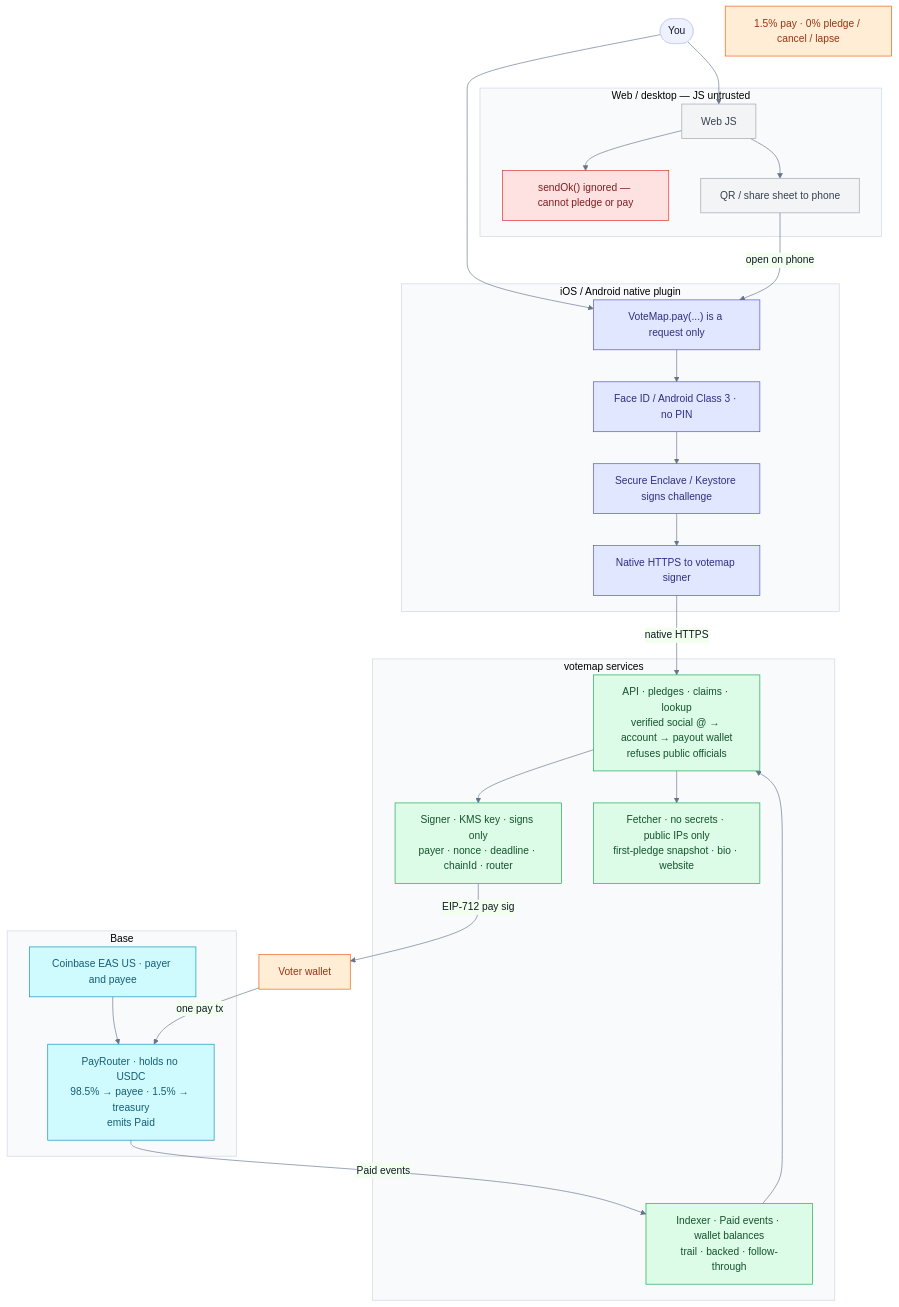
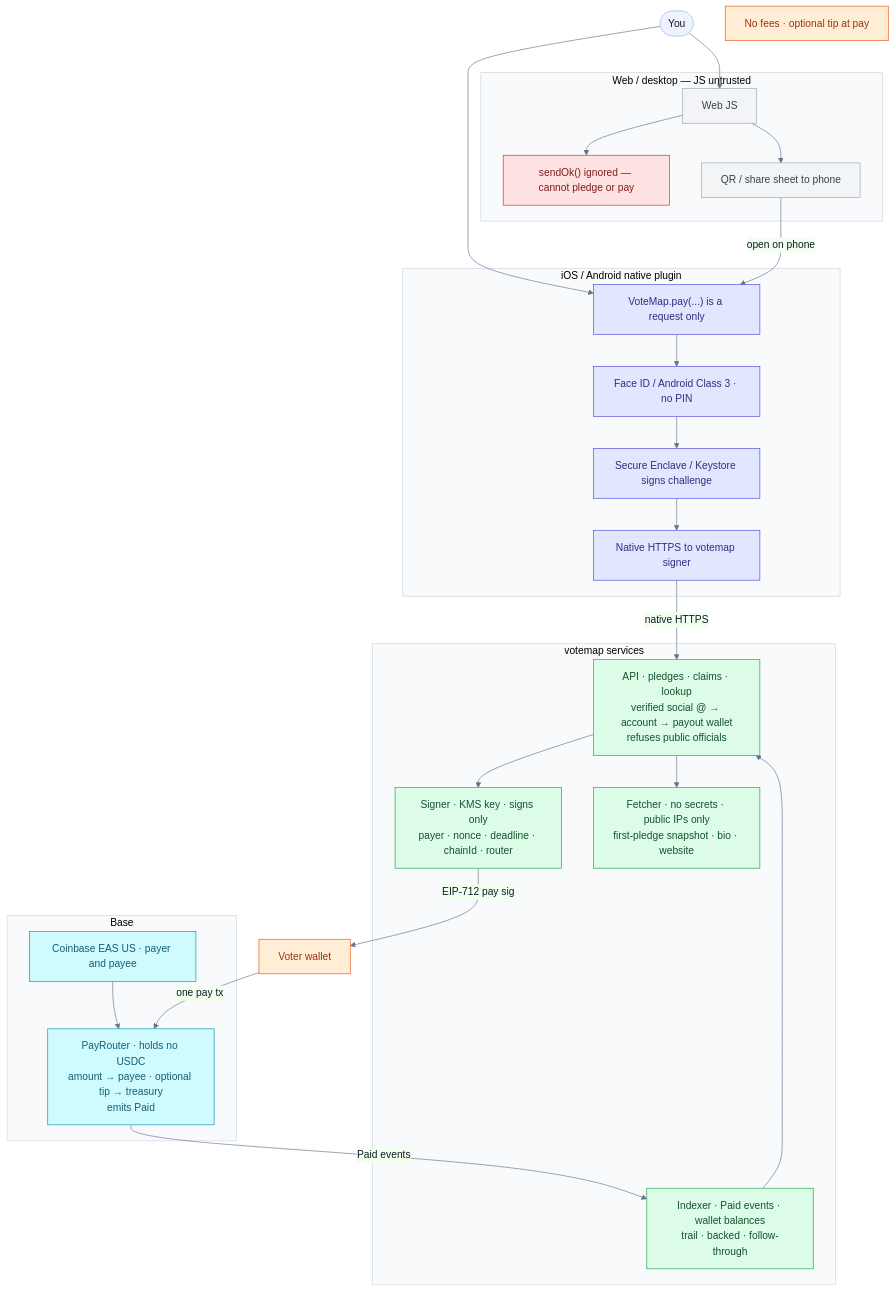
Before and after one commit to isaacy13/votemap.net: the second of 3 diagrams in spec/flows.md, drawn with Mermaid. The commit also changed other lines of this file and 7 other files, not shown here.

````diff
--- a/spec/flows.md
+++ b/spec/flows.md
@@ -110,60 +110,60 @@
 ```mermaid
 %%{init: {"theme":"base","themeVariables":{"fontFamily":"Inter, system-ui, sans-serif","primaryColor":"#eef2ff","primaryTextColor":"#111827","lineColor":"#64748b","clusterBkg":"#f8fafc","clusterBorder":"#cbd5e1"}}}%%
 flowchart TB
   You([You]) --> WebJS
   You --> Plugin
 
   subgraph web ["Web / desktop — JS untrusted"]
     WebJS["Web JS"]
     SendOk["sendOk() ignored — cannot pledge or pay"]
     QR["QR / share sheet to phone"]
     WebJS --> SendOk
     WebJS --> QR
   end
 
   subgraph native ["iOS / Android native plugin"]
     Plugin["VoteMap.pay(...) is a request only"]
     Face["Face ID / Android Class 3 · no PIN"]
     HW["Secure Enclave / Keystore signs challenge"]
     HTTPS["Native HTTPS to votemap signer"]
     Plugin --> Face --> HW --> HTTPS
   end
 
   QR -->|open on phone| Plugin
 
   subgraph server ["votemap services"]
     API["API · pledges · claims · lookup<br/>verified social @ → account → payout wallet<br/>refuses public officials"]
     Signer["Signer · KMS key · signs only<br/>payer · nonce · deadline · chainId · router"]
     Fetcher["Fetcher · no secrets · public IPs only<br/>first-pledge snapshot · bio · website"]
     Indexer["Indexer · Paid events · wallet balances<br/>trail · backed · follow-through"]
     API --> Signer
     API --> Fetcher
     Indexer --> API
   end
 
   HTTPS -->|native HTTPS| API
 
   subgraph base ["Base"]
     EAS["Coinbase EAS US · payer and payee"]
-    Router["PayRouter · holds no USDC<br/>98.5% → payee · 1.5% → treasury<br/>emits Paid"]
+    Router["PayRouter · holds no USDC<br/>amount → payee · optional tip → treasury<br/>emits Paid"]
     EAS --> Router
   end
 
   Signer -->|EIP-712 pay sig| Wallet["Voter wallet"]
   Wallet -->|one pay tx| Router
   Router -->|Paid events| Indexer
-  Fees["1.5% pay · 0% pledge / cancel / lapse"]
+  Fees["No fees · optional tip at pay"]
 
   classDef grey fill:#f3f4f6,stroke:#9ca3af,color:#374151
   classDef warn fill:#fee2e2,stroke:#dc2626,color:#7f1d1d
   classDef info fill:#e0e7ff,stroke:#4f46e5,color:#312e81
   classDef ok fill:#dcfce7,stroke:#16a34a,color:#14532d
   classDef cyan fill:#cffafe,stroke:#0891b2,color:#155e75
   classDef peach fill:#ffedd5,stroke:#ea580c,color:#9a3412
   class WebJS,QR,Readonly grey
   class SendOk warn
   class Plugin,Face,HW,HTTPS info
   class API,Signer,Fetcher,Indexer ok
   class EAS,Router cyan
   class Wallet,Fees peach
 ```
````
